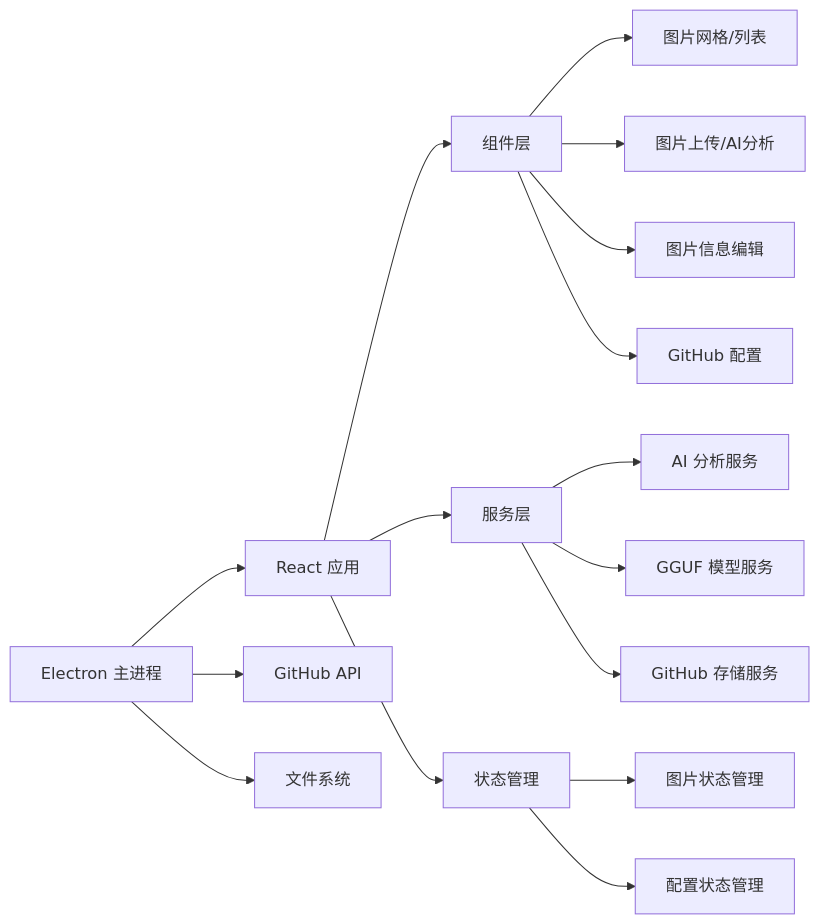
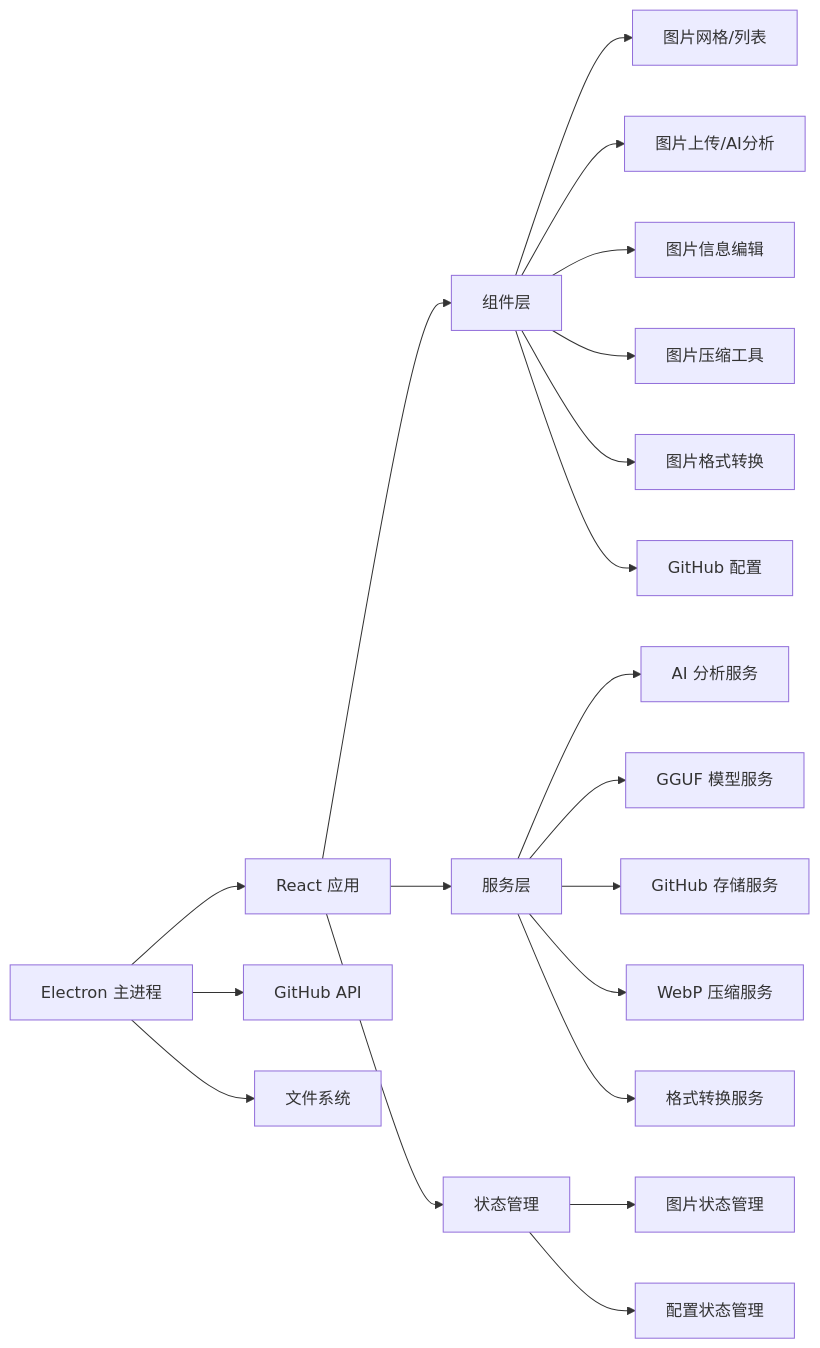
The second of 2 diagrams in README.md (trueLoving/Pixuli), drawn with Mermaid before and after one commit. The commit also changed other lines of this file and 3 other files, not shown here.

````diff
--- a/README.md
+++ b/README.md
@@ -84,22 +105,26 @@
 ```mermaid
 graph LR
     A[Electron 主进程] --> B[React 应用]
     B --> C[组件层]
     B --> D[服务层]
     B --> E[状态管理]
     
     C --> C1[图片网格/列表]
     C --> C2[图片上传/AI分析]
     C --> C3[图片信息编辑]
-    C --> C4[GitHub 配置]
+    C --> C4[图片压缩工具]
+    C --> C5[图片格式转换]
+    C --> C6[GitHub 配置]
     
     D --> D1[AI 分析服务]
     D --> D2[GGUF 模型服务]
     D --> D3[GitHub 存储服务]
+    D --> D4[WebP 压缩服务]
+    D --> D5[格式转换服务]
     
     E --> E1[图片状态管理]
     E --> E2[配置状态管理]
     
     A --> F[GitHub API]
     A --> G[文件系统]
 ```
````
